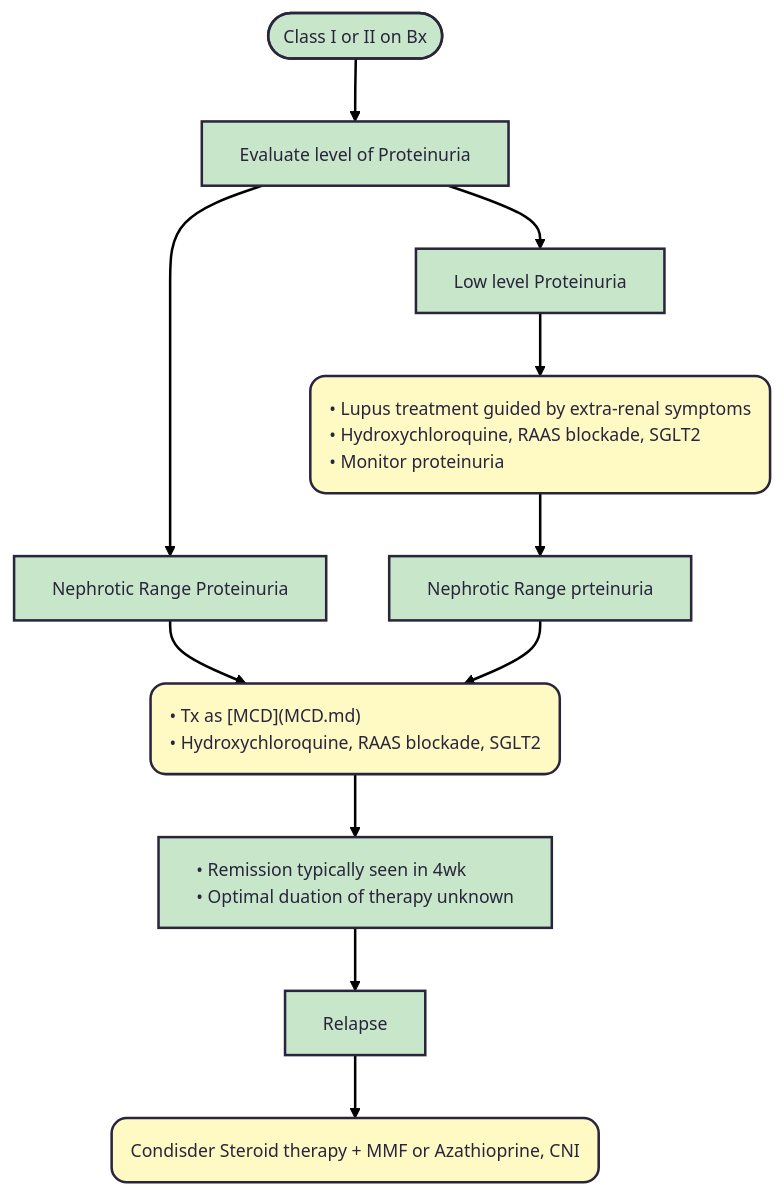
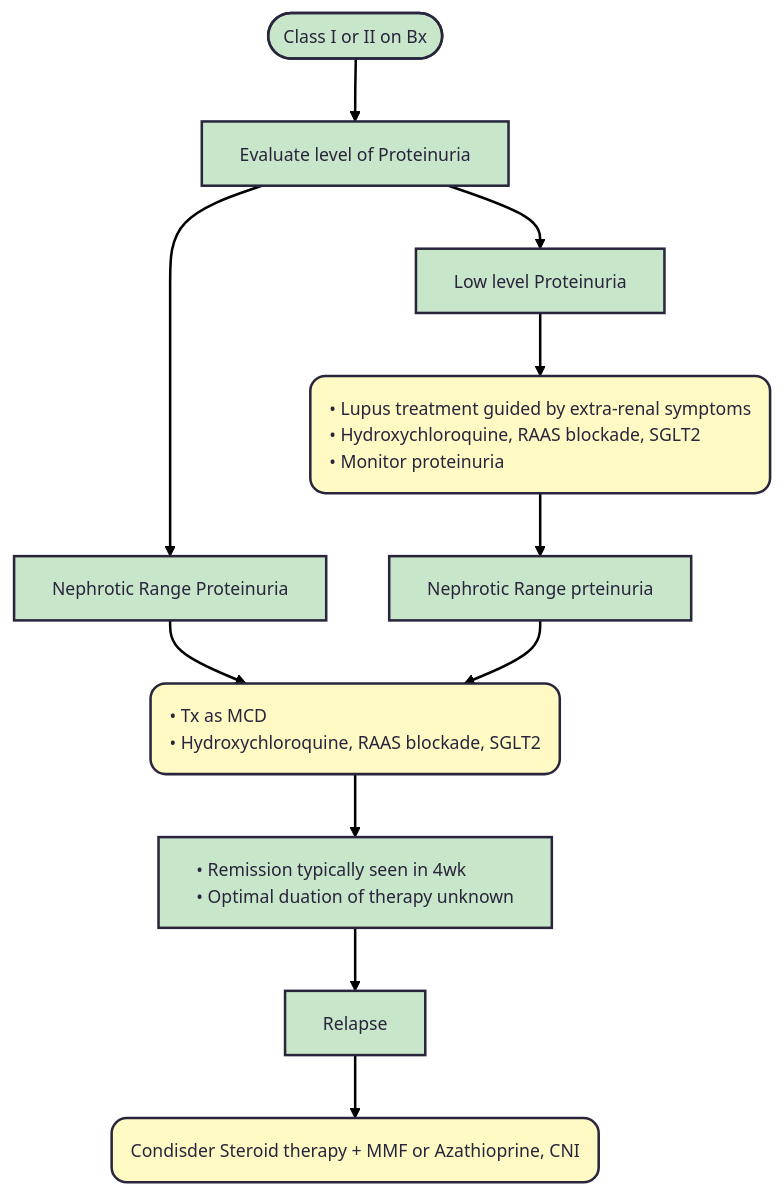
One commit to TTUNEPH2025/GN changed the diagram in docs/Lupus.md. Above: the diagram before and after it, drawn with Mermaid.

````diff
--- a/docs/Lupus.md
+++ b/docs/Lupus.md
@@ -83,35 +83,36 @@
 ```mermaid
 ---
 config:
   theme: redux
   layout: dagre
 ---
 flowchart TB
     A(["Class I or II on Bx"]) --> n1["Evaluate level of Proteinuria"]
     n1 --> n2["Low level Proteinuria"] & n3["Nephrotic Range Proteinuria"]
     n2 --> n4["• Lupus treatment guided by extra-renal symptoms
     • Hydroxychloroquine, RAAS blockade, SGLT2
     • Monitor proteinuria"]
-    n3 --> n5["• Tx as [MCD](MCD.md)
+    n3 --> n5["• Tx as MCD 
     • Hydroxychloroquine, RAAS blockade, SGLT2"]
     n5 --> n6["• Remission typically seen in 4wk
     • Optimal duation of therapy unknown"]
     n6 --> n7["Relapse"]
     n7 --> n8["Condisder Steroid therapy + MMF or Azathioprine, CNI"]
     n4 --> n9["Nephrotic Range prteinuria"]
     n9 --> n5
 
     n4@{ shape: rounded}
     n5@{ shape: rounded}
     n8@{ shape: rounded}
     style A fill:#C8E6C9
     style n1 fill:#C8E6C9
     style n2 fill:#C8E6C9
     style n3 fill:#C8E6C9,white-space:nowrap
     style n4 fill:#FFF9C4,text-align:left,white-space:nowrap
     style n5 fill:#FFF9C4,text-align:left,white-space:nowrap
     style n6 fill:#C8E6C9,text-align:left,white-space:nowrap
     style n7 fill:#C8E6C9
     style n8 fill:#FFF9C4,text-align:left,white-space:nowrap
     style n9 fill:#C8E6C9,white-space:nowrap
+    click n5 "https://ttuneph2025.github.io/GN/MCD/"
 ```
````
